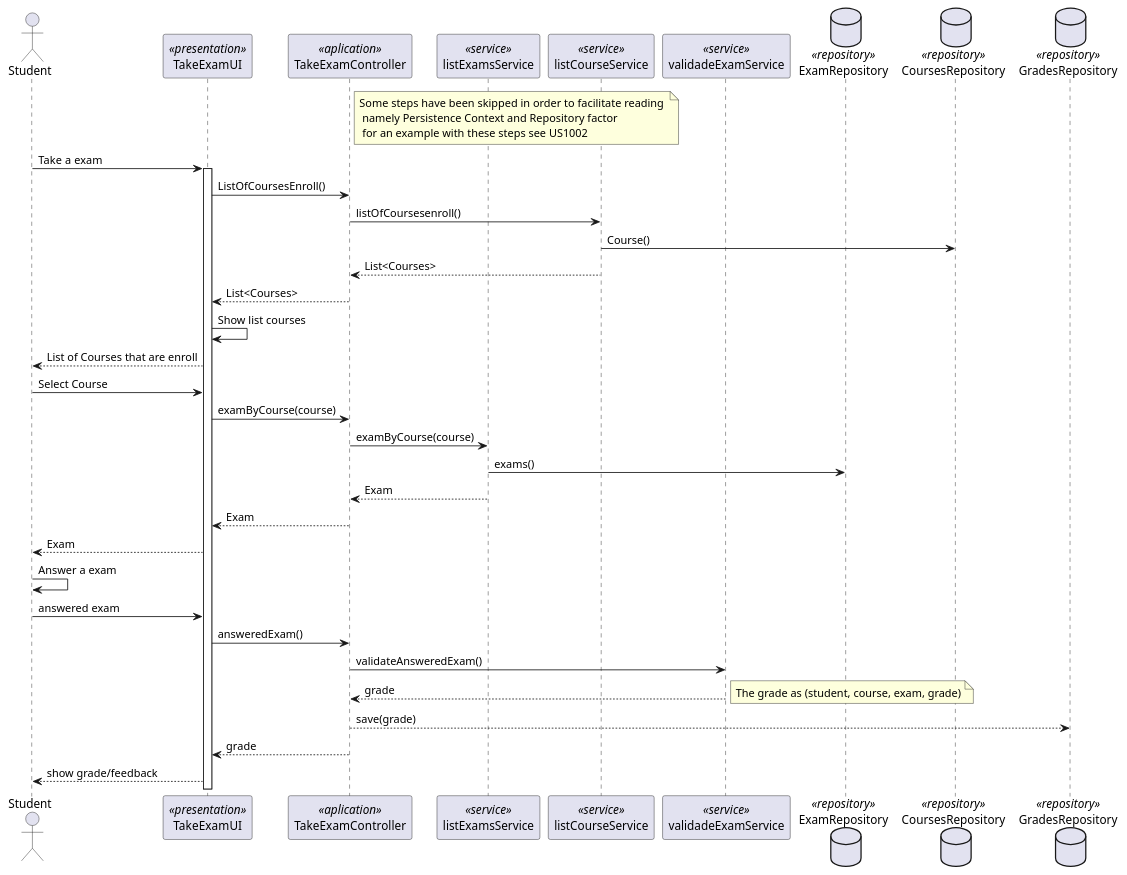
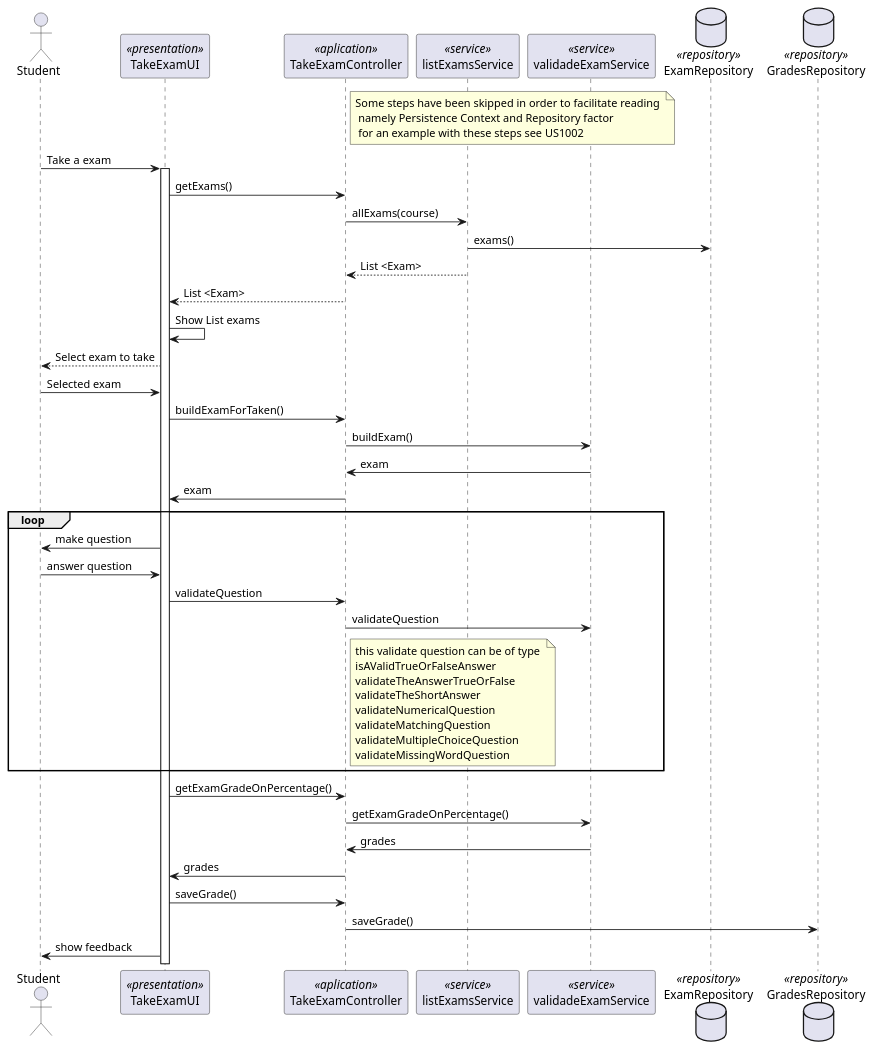
Before and after one commit to mascenso/isep-sem4-lapr4: the diagram in docs/SPRINT C/US2004 - take a exam/sd-2004.puml, drawn with PlantUML. The commit also changed 4 other files, not shown here.

```diff
--- a/docs/SPRINT C/US2004 - take a exam/sd-2004.puml
+++ b/docs/SPRINT C/US2004 - take a exam/sd-2004.puml
@@ -1,40 +1,40 @@
 @startuml
 actor Student as Actor
 participant TakeExamUI as UI <<presentation>>
 participant TakeExamController as Controller <<aplication>>
 participant listExamsService as Service1 <<service>>
-participant listCourseService as Service2 <<service>>
 participant validadeExamService as Service3 <<service>>
 database ExamRepository as Repository1 <<repository>>
-database CoursesRepository as Repository2 <<repository>>
 database GradesRepository as Repository3 <<repository>>
 
 note right of Controller:Some steps have been skipped in order to facilitate reading \n namely Persistence Context and Repository factor \n for an example with these steps see US1002
 Actor -> UI: Take a exam
 activate UI
-    UI -> Controller: ListOfCoursesEnroll()
-    Controller -> Service2: listOfCoursesenroll()
-    Service2 -> Repository2: Course()
-    Service2 --> Controller: List<Courses>
-    Controller --> UI: List<Courses>
-    UI->UI: Show list courses
-    UI --> Actor: List of Courses that are enroll
-    Actor -> UI: Select Course
-    UI -> Controller: examByCourse(course)
-    Controller -> Service1: examByCourse(course)
+    UI -> Controller: getExams()
+    Controller -> Service1: allExams(course)
     Service1 -> Repository1: exams()
-    Service1 --> Controller: Exam
-    Controller --> UI: Exam
-    UI --> Actor: Exam
-    Actor -> Actor: Answer a exam
-    Actor -> UI: answered exam
-    UI -> Controller: answeredExam()
-    Controller -> Service3: validateAnsweredExam()
-    Service3 --> Controller: grade
-    note right : The grade as (student, course, exam, grade)
-    Controller --> Repository3: save(grade)
-    Controller --> UI: grade
-    UI -->Actor : show grade/feedback
-
+    Service1 --> Controller: List <Exam>
+    Controller --> UI: List <Exam>
+    UI -> UI : Show List exams
+    UI --> Actor: Select exam to take
+    Actor -> UI: Selected exam
+    UI -> Controller: buildExamForTaken()
+    Controller -> Service3: buildExam()
+    Service3 -> Controller: exam
+    Controller -> UI: exam
+    loop
+    UI -> Actor: make question
+    Actor -> UI: answer question
+    UI -> Controller: validateQuestion
+    Controller -> Service3: validateQuestion
+    note right of Controller : this validate question can be of type \nisAValidTrueOrFalseAnswer\nvalidateTheAnswerTrueOrFalse\nvalidateTheShortAnswer\nvalidateNumericalQuestion\nvalidateMatchingQuestion\nvalidateMultipleChoiceQuestion\nvalidateMissingWordQuestion
+    end
+    UI -> Controller: getExamGradeOnPercentage()
+    Controller -> Service3:getExamGradeOnPercentage()
+    Service3 -> Controller: grades
+    Controller -> UI: grades
+    UI -> Controller: saveGrade()
+    Controller -> Repository3: saveGrade()
+    UI -> Actor: show feedback
 
 @enduml
```
